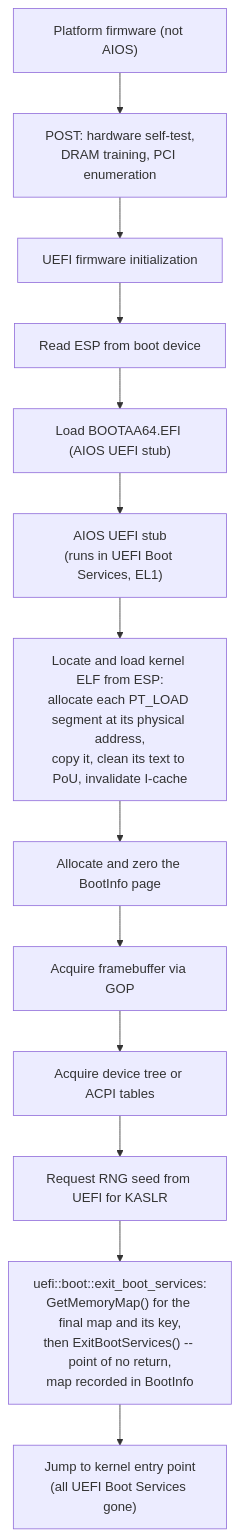
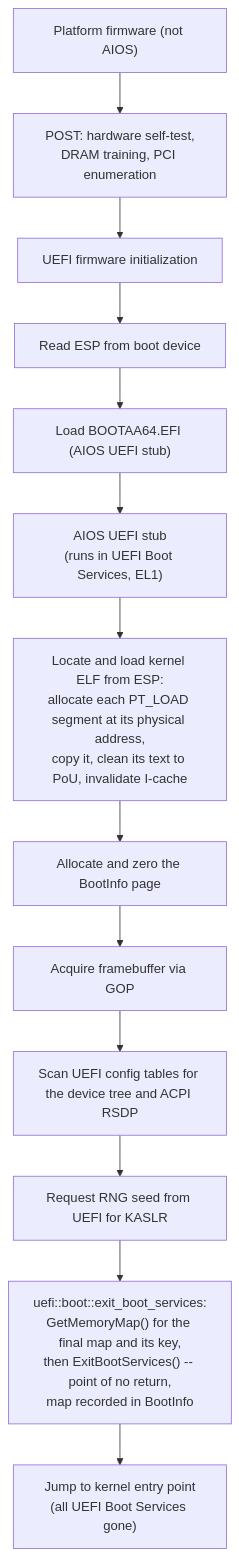
The diagram in docs/kernel/boot/firmware.md (juslee/aios), drawn with Mermaid before and after one commit. The commit also changed 1 other file, not shown here.

Commit message:
Audit round 7: fix stale lesson follow-ups after rebase and DTB/ACPI node
- Rebased the branch onto main (b0398fa, #209). The lesson's
  'Known follow-ups' conflict in the #197 docs commit was resolved by
  keeping both updates: this branch's I/D cache bullet and #209's
  boot-stack bullet ('placed ... never reserved it. Fixed by #198: ...'),
  which drops the stale 'places ... never reserves it' claim.
- docs/knowledge/lessons/2026-09-24-cl-edk2-loaderdata-nx.md: mark the
  I/D cache follow-up fixed the way #209 marked the boot stack one, with
  a 'Fixed by #197: ...' suffix instead of a 'Fixed in #197:' prefix.
- docs/kernel/boot/firmware.md §2.1: relabel the flowchart node from
  'Acquire device tree or ACPI tables' to 'Scan UEFI config tables for
  the device tree and ACPI RSDP'. main.rs runs acquire_dtb and then
  acquire_acpi, and the BSP §8.1 chart already says 'DTB and ACPI RSDP'.

````diff
--- a/docs/kernel/boot/firmware.md
+++ b/docs/kernel/boot/firmware.md
@@ -16,25 +16,25 @@
 ```mermaid
 flowchart TD
     FW["Platform firmware (not AIOS)"] --> POST["`POST: hardware self-test,
 DRAM training, PCI enumeration`"]
     POST --> UEFI_INIT["UEFI firmware initialization"]
     UEFI_INIT --> ESP["Read ESP from boot device"]
     ESP --> LOAD_STUB["Load BOOTAA64.EFI (AIOS UEFI stub)"]
 
     LOAD_STUB --> STUB["`AIOS UEFI stub
 (runs in UEFI Boot Services, EL1)`"]
     STUB --> LOAD_ELF["`Locate and load kernel ELF from ESP:
 allocate each PT_LOAD segment at its physical address,
 copy it, clean its text to PoU, invalidate I-cache`"]
     LOAD_ELF --> BOOTINFO["Allocate and zero the BootInfo page"]
     BOOTINFO --> GOP["Acquire framebuffer via GOP"]
-    GOP --> DTB["Acquire device tree or ACPI tables"]
+    GOP --> DTB["Scan UEFI config tables for the device tree and ACPI RSDP"]
     DTB --> RNG["Request RNG seed from UEFI for KASLR"]
     RNG --> EBS["`uefi::boot::exit_boot_services:
 GetMemoryMap() for the final map and its key,
 then ExitBootServices() -- point of no return,
 map recorded in BootInfo`"]
 
     EBS --> KERNEL["`Jump to kernel entry point
 (all UEFI Boot Services gone)`"]
 ```
````
